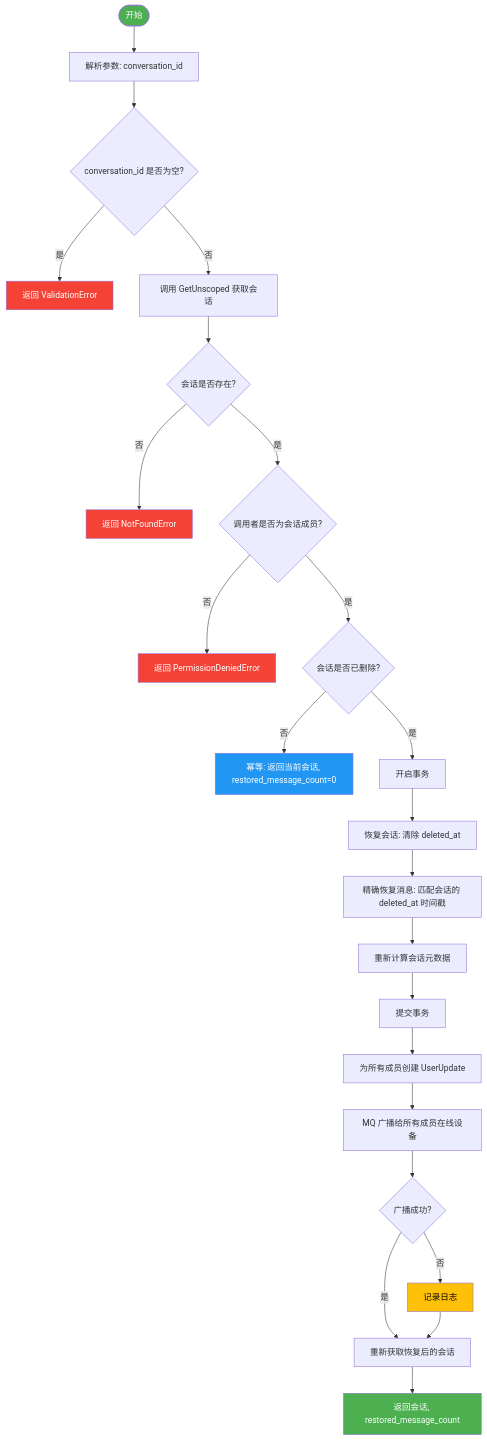
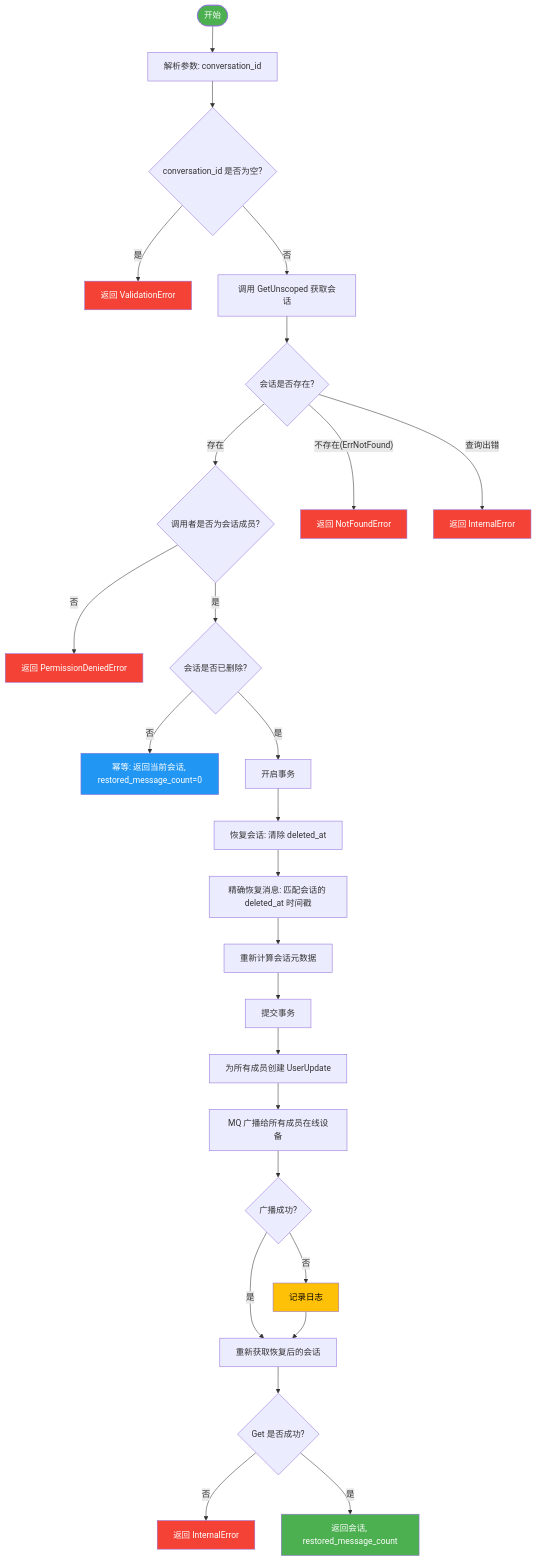
One commit to PineappleBond/xyncra-server changed the fifth of 5 diagrams in wiki/flows/conversation.md. Above: the diagram before and after it, drawn with Mermaid. The commit also changed other lines of this file and 21 other files, not shown here.

````diff
--- a/wiki/flows/conversation.md
+++ b/wiki/flows/conversation.md
@@ -376,33 +382,38 @@
 ```mermaid
 flowchart TD
     A([开始]) --> B[解析参数: conversation_id]
     B --> C{conversation_id 是否为空?}
     C -- 是 --> C1[返回 ValidationError]
     C -- 否 --> D[调用 GetUnscoped 获取会话]
     D --> E{会话是否存在?}
-    E -- 否 --> E1[返回 NotFoundError]
-    E -- 是 --> F{调用者是否为会话成员?}
+    E -- 存在 --> F{调用者是否为会话成员?}
+    E -- 不存在(ErrNotFound) --> E1[返回 NotFoundError]
+    E -- 查询出错 --> E2[返回 InternalError]
     F -- 否 --> F1[返回 PermissionDeniedError]
     F -- 是 --> G{会话是否已删除?}
     G -- 否 --> G1[幂等: 返回当前会话, restored_message_count=0]
     G -- 是 --> H[开启事务]
     H --> I[恢复会话: 清除 deleted_at]
     I --> J[精确恢复消息: 匹配会话的 deleted_at 时间戳]
     J --> K[重新计算会话元数据]
     K --> L[提交事务]
     L --> M[为所有成员创建 UserUpdate]
     M --> N[MQ 广播给所有成员在线设备]
     N --> O{广播成功?}
     O -- 否 --> O1[记录日志]
     O -- 是 --> P[重新获取恢复后的会话]
     O1 --> P
-    P --> Q[返回会话, restored_message_count]
+    P --> P2{Get 是否成功?}
+    P2 -- 否 --> P3[返回 InternalError]
+    P2 -- 是 --> Q[返回会话, restored_message_count]
 
     style A fill:#4CAF50,color:#fff
     style C1 fill:#f44336,color:#fff
     style E1 fill:#f44336,color:#fff
+    style E2 fill:#f44336,color:#fff
     style F1 fill:#f44336,color:#fff
     style G1 fill:#2196F3,color:#fff
     style O1 fill:#FFC107,color:#000
+    style P3 fill:#f44336,color:#fff
     style Q fill:#4CAF50,color:#fff
 ```
````
